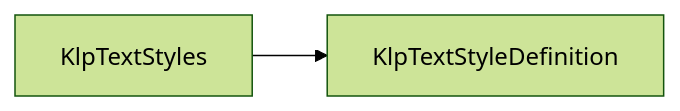
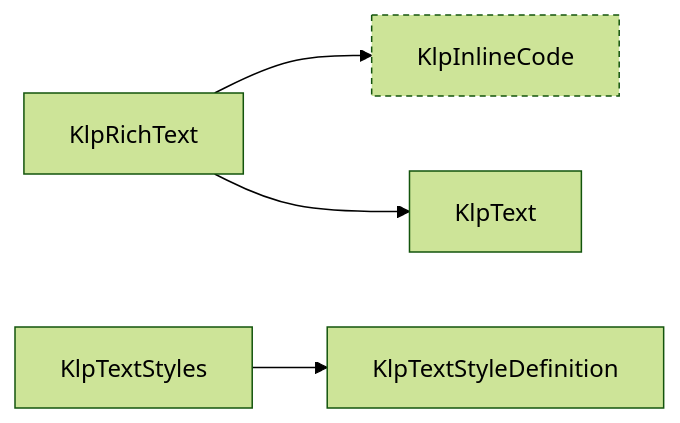
Before and after one commit to MiuDog/Kallopis: the third of 16 diagrams in spec/component-inventory.md, drawn with Mermaid (forest theme). The commit also changed other lines of this file and 12 other files, not shown here.

````diff
--- a/spec/component-inventory.md
+++ b/spec/component-inventory.md
@@ -250,7 +185,12 @@
 ```mermaid
 graph LR
+  KlpInlineCode["KlpInlineCode"]:::external
+  KlpRichText["KlpRichText"]
+  KlpText["KlpText"]
   KlpTextStyleDefinition["KlpTextStyleDefinition"]
   KlpTextStyles["KlpTextStyles"]
+  KlpRichText --> KlpInlineCode
+  KlpRichText --> KlpText
   KlpTextStyles --> KlpTextStyleDefinition
   classDef external stroke-dasharray: 4 3;
 ```
````
